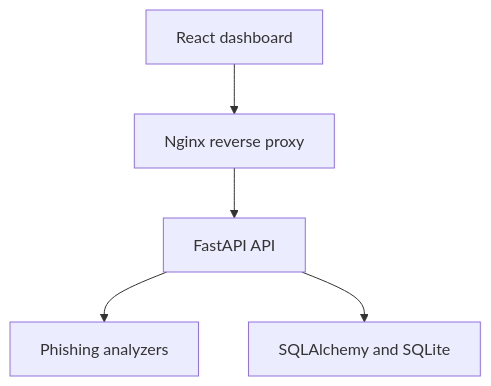
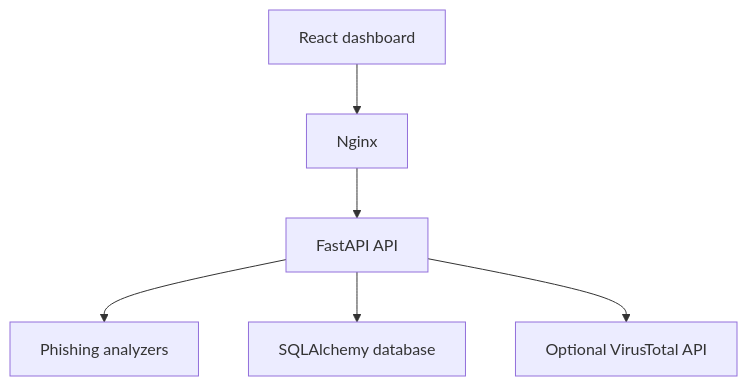
One commit to karmeensec/phishtriage changed the diagram in README.md. Above: the diagram before and after it, drawn with Mermaid. The commit also changed other lines of this file, not shown here.

````diff
--- a/README.md
+++ b/README.md
@@ -28,7 +50,8 @@
 ```mermaid
 flowchart TD
-    A["React dashboard"] --> B["Nginx reverse proxy"]
+    A["React dashboard"] --> B["Nginx"]
     B --> C["FastAPI API"]
     C --> D["Phishing analyzers"]
-    C --> E["SQLAlchemy and SQLite"]
+    C --> E["SQLAlchemy database"]
+    C --> F["Optional VirusTotal API"]
 ```
````
